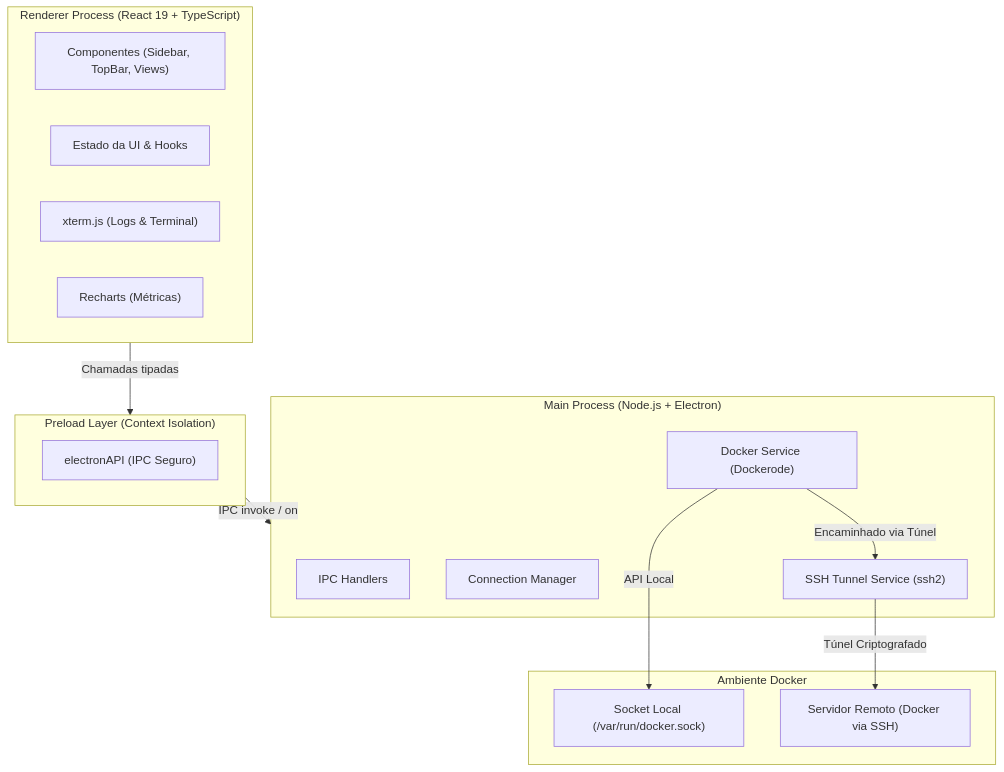
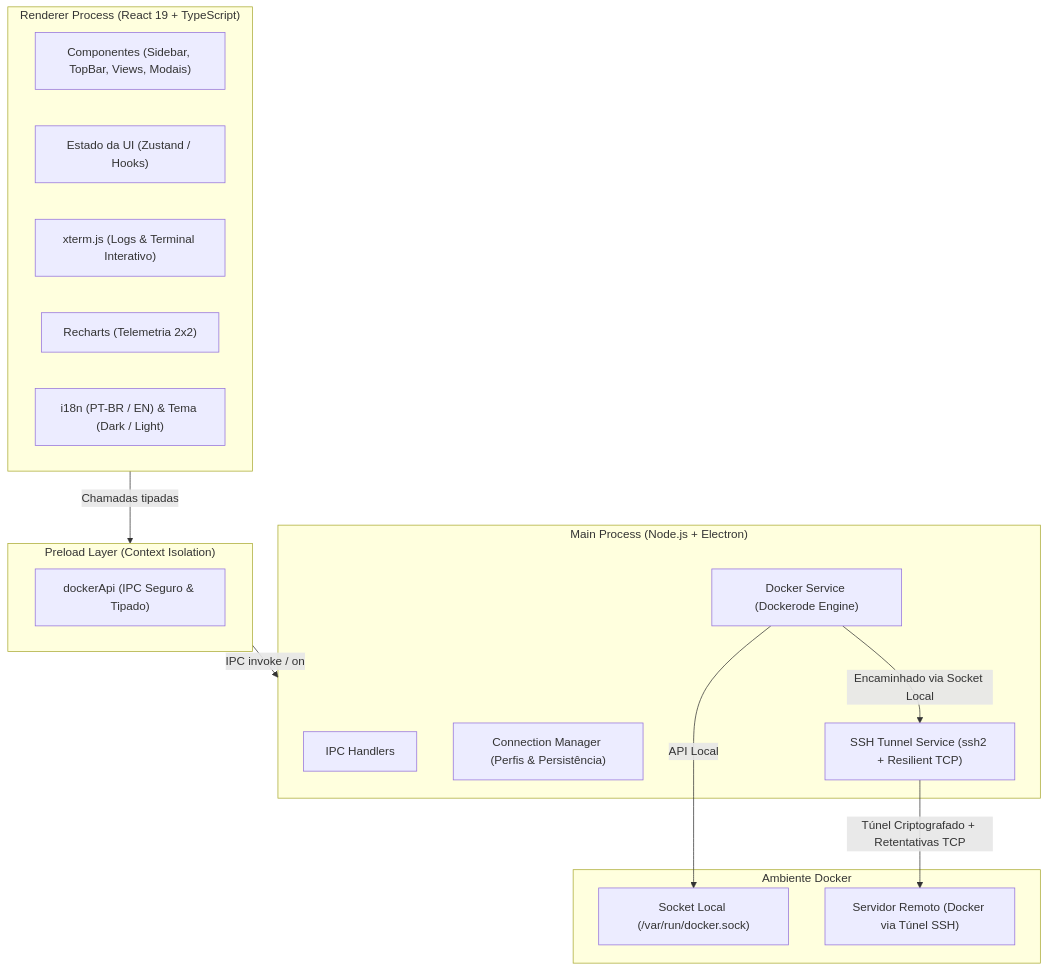
Before and after one commit to thiago-barros-souza/dockdeck: the diagram in README.md, drawn with Mermaid. The commit also changed other lines of this file, not shown here.

Commit message:
docs: atualizar documentação completa com telemetria 2x2, i18n, temas e conexão SSH resiliente

````diff
--- a/README.md
+++ b/README.md
@@ -86,31 +110,32 @@
 ```mermaid
 flowchart TD
     subgraph UI["Renderer Process (React 19 + TypeScript)"]
-        Components["Componentes (Sidebar, TopBar, Views)"]
-        State["Estado da UI & Hooks"]
-        XTerm["xterm.js (Logs & Terminal)"]
-        Recharts["Recharts (Métricas)"]
+        Components["Componentes (Sidebar, TopBar, Views, Modais)"]
+        State["Estado da UI (Zustand / Hooks)"]
+        XTerm["xterm.js (Logs & Terminal Interativo)"]
+        Recharts["Recharts (Telemetria 2x2)"]
+        I18n["i18n (PT-BR / EN) & Tema (Dark / Light)"]
     end
 
     subgraph Bridge["Preload Layer (Context Isolation)"]
-        IPCBridge["electronAPI (IPC Seguro)"]
+        IPCBridge["dockerApi (IPC Seguro & Tipado)"]
     end
 
     subgraph Core["Main Process (Node.js + Electron)"]
         IPCHandlers["IPC Handlers"]
-        ConnManager["Connection Manager"]
-        DockerService["Docker Service (Dockerode)"]
-        SSHTunnel["SSH Tunnel Service (ssh2)"]
+        ConnManager["Connection Manager (Perfis & Persistência)"]
+        DockerService["Docker Service (Dockerode Engine)"]
+        SSHTunnel["SSH Tunnel Service (ssh2 + Resilient TCP)"]
     end
 
     subgraph DockerEnv["Ambiente Docker"]
         LocalSocket["Socket Local (/var/run/docker.sock)"]
-        RemoteHost["Servidor Remoto (Docker via SSH)"]
+        RemoteHost["Servidor Remoto (Docker via Túnel SSH)"]
     end
 
     UI -->|Chamadas tipadas| Bridge
     Bridge -->|IPC invoke / on| Core
     DockerService -->|API Local| LocalSocket
-    SSHTunnel -->|Túnel Criptografado| RemoteHost
-    DockerService -->|Encaminhado via Túnel| SSHTunnel
+    SSHTunnel -->|Túnel Criptografado + Retentativas TCP| RemoteHost
+    DockerService -->|Encaminhado via Socket Local| SSHTunnel
 ```
````
